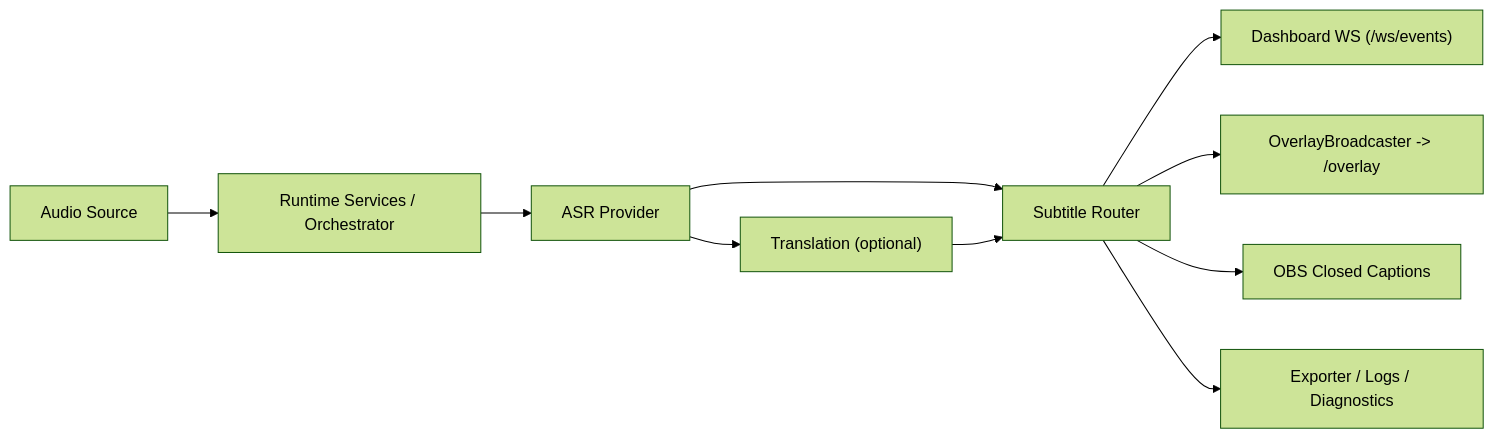
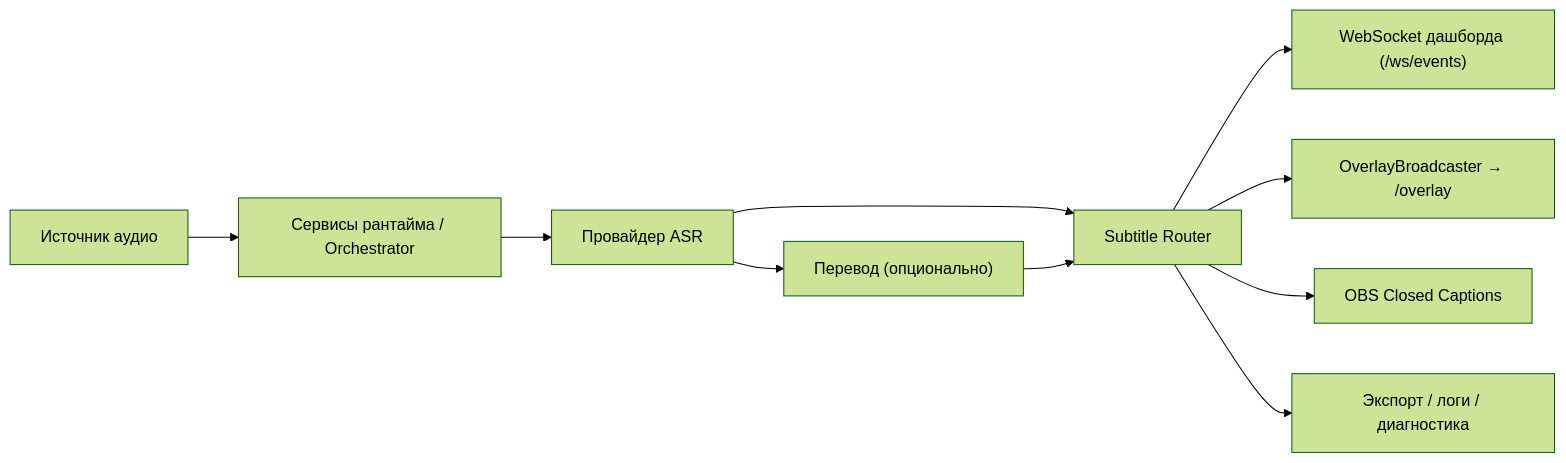
The diagram in docs/TECHNICAL_ARCHITECTURE.md (kiriuru/VoiceSub), drawn with Mermaid (forest theme) before and after one commit. The commit also changed other lines of this file and 2 other files, not shown here.

````diff
--- a/docs/TECHNICAL_ARCHITECTURE.md
+++ b/docs/TECHNICAL_ARCHITECTURE.md
@@ -40,12 +40,12 @@
 ```mermaid
 flowchart LR
-  A["Audio Source"] --> B["Runtime Services / Orchestrator"]
-  B --> C["ASR Provider"]
-  C --> D["Translation (optional)"]
+  A["Источник аудио"] --> B["Сервисы рантайма / Orchestrator"]
+  B --> C["Провайдер ASR"]
+  C --> D["Перевод (опционально)"]
   C --> E["Subtitle Router"]
   D --> E
-  E --> F["Dashboard WS (/ws/events)"]
-  E --> G["OverlayBroadcaster -> /overlay"]
+  E --> F["WebSocket дашборда (/ws/events)"]
+  E --> G["OverlayBroadcaster → /overlay"]
   E --> H["OBS Closed Captions"]
-  E --> I["Exporter / Logs / Diagnostics"]
+  E --> I["Экспорт / логи / диагностика"]
 ```
````
